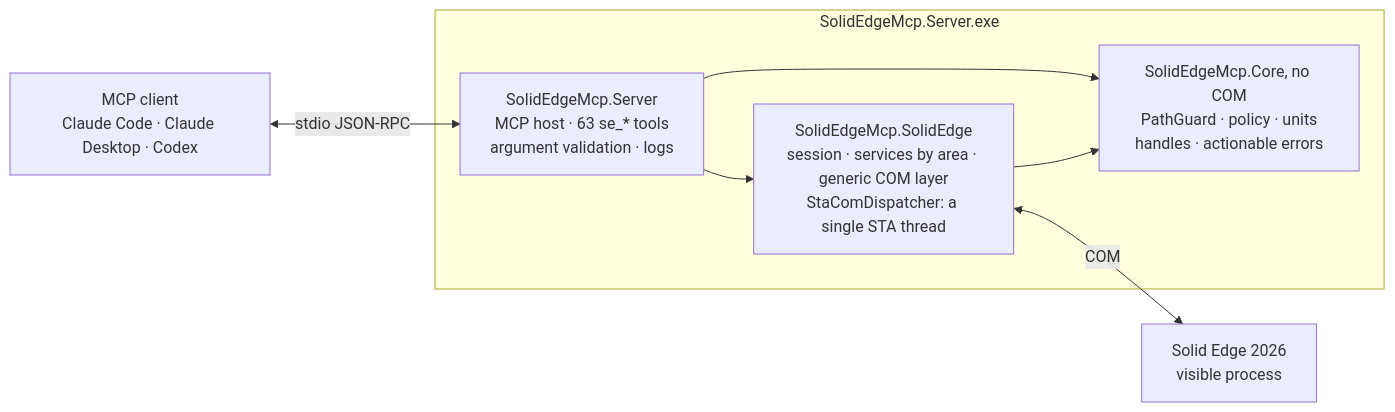
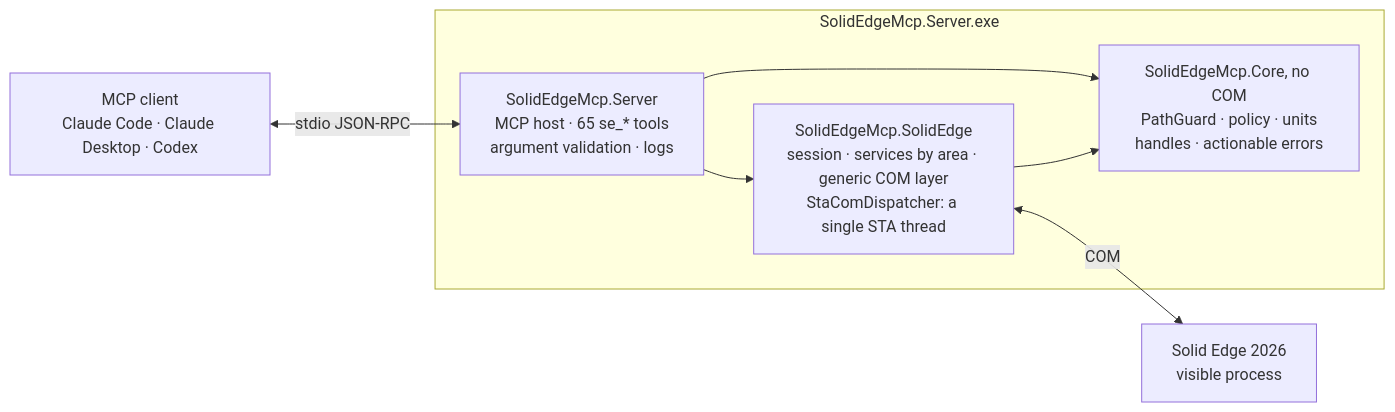
Before and after one commit to gabichuuuuu/solid-edge-mcp: the diagram in README.md, drawn with Mermaid. The commit also changed other lines of this file and 11 other files, not shown here.

````diff
--- a/README.md
+++ b/README.md
@@ -305,18 +307,18 @@
 ```mermaid
 flowchart LR
     client["MCP client<br/>Claude Code · Claude Desktop · Codex"]
 
     subgraph exe ["SolidEdgeMcp.Server.exe"]
-        server["SolidEdgeMcp.Server<br/>MCP host · 63 se_* tools<br/>argument validation · logs"]
+        server["SolidEdgeMcp.Server<br/>MCP host · 65 se_* tools<br/>argument validation · logs"]
         se["SolidEdgeMcp.SolidEdge<br/>session · services by area · generic COM layer<br/>StaComDispatcher: a single STA thread"]
         core["SolidEdgeMcp.Core, no COM<br/>PathGuard · policy · units<br/>handles · actionable errors"]
         server --> se
         server --> core
         se --> core
     end
 
     app["Solid Edge 2026<br/>visible process"]
 
     client <-->|stdio JSON-RPC| server
     se <-->|COM| app
 ```
````
